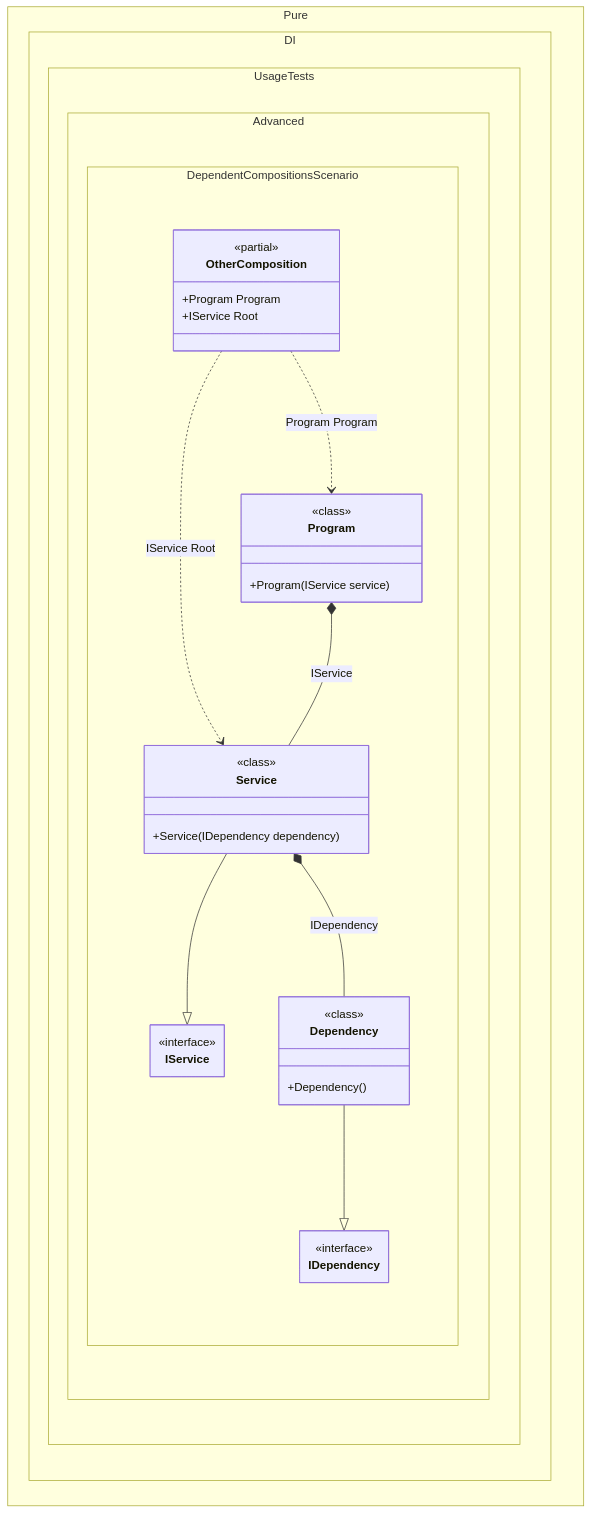
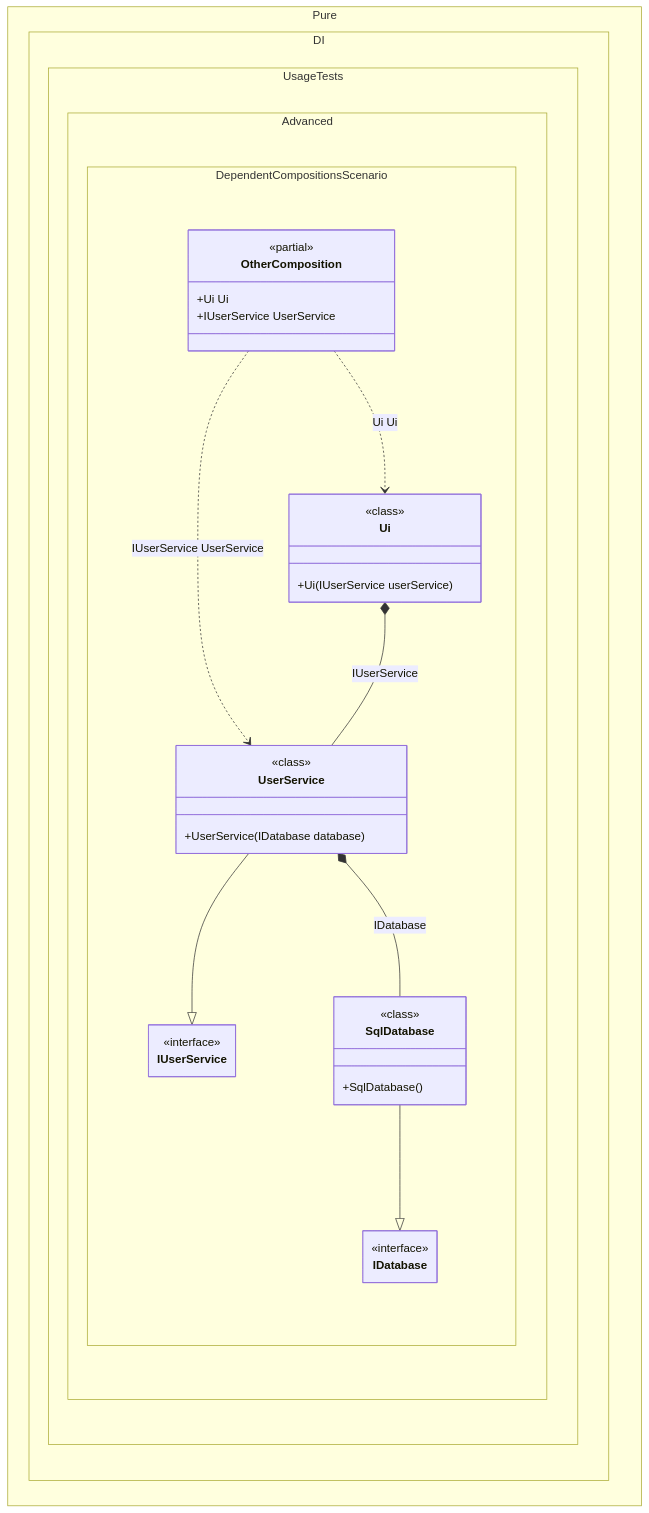
One commit to DevTeam/Pure.DI changed the diagram in readme/dependent-compositions.md. Above: the diagram before and after it, drawn with Mermaid. The commit also changed other lines of this file and 126 other files, not shown here.

````diff
--- a/readme/dependent-compositions.md
+++ b/readme/dependent-compositions.md
@@ -136,41 +136,41 @@
 ```mermaid
 ---
  config:
   maxTextSize: 2147483647
   maxEdges: 2147483647
   class:
    hideEmptyMembersBox: true
 ---
 classDiagram
-	Service --|> IService
-	Dependency --|> IDependency
-	OtherComposition ..> Program : Program Program
-	OtherComposition ..> Service : IService Root
-	Service *--  Dependency : IDependency
-	Program *--  Service : IService
+	UserService --|> IUserService
+	SqlDatabase --|> IDatabase
+	OtherComposition ..> Ui : Ui Ui
+	OtherComposition ..> UserService : IUserService UserService
+	UserService *--  SqlDatabase : IDatabase
+	Ui *--  UserService : IUserService
 	namespace Pure.DI.UsageTests.Advanced.DependentCompositionsScenario {
-		class Dependency {
-				<<class>>
-			+Dependency()
-		}
-		class IDependency {
+		class IDatabase {
 			<<interface>>
 		}
-		class IService {
+		class IUserService {
 			<<interface>>
 		}
 		class OtherComposition {
 		<<partial>>
-		+Program Program
-		+IService Root
+		+Ui Ui
+		+IUserService UserService
 		}
-		class Program {
+		class SqlDatabase {
 				<<class>>
-			+Program(IService service)
+			+SqlDatabase()
 		}
-		class Service {
+		class Ui {
 				<<class>>
-			+Service(IDependency dependency)
+			+Ui(IUserService userService)
+		}
+		class UserService {
+				<<class>>
+			+UserService(IDatabase database)
 		}
 	}
 ```
````
